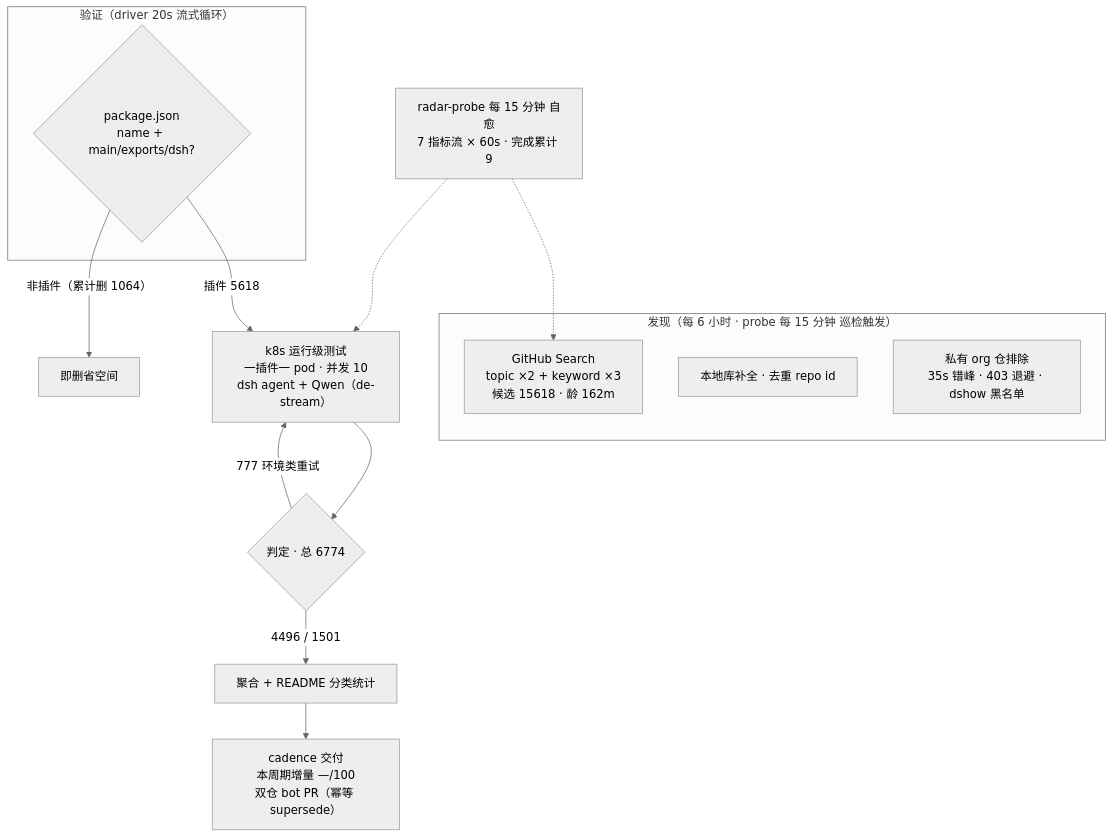
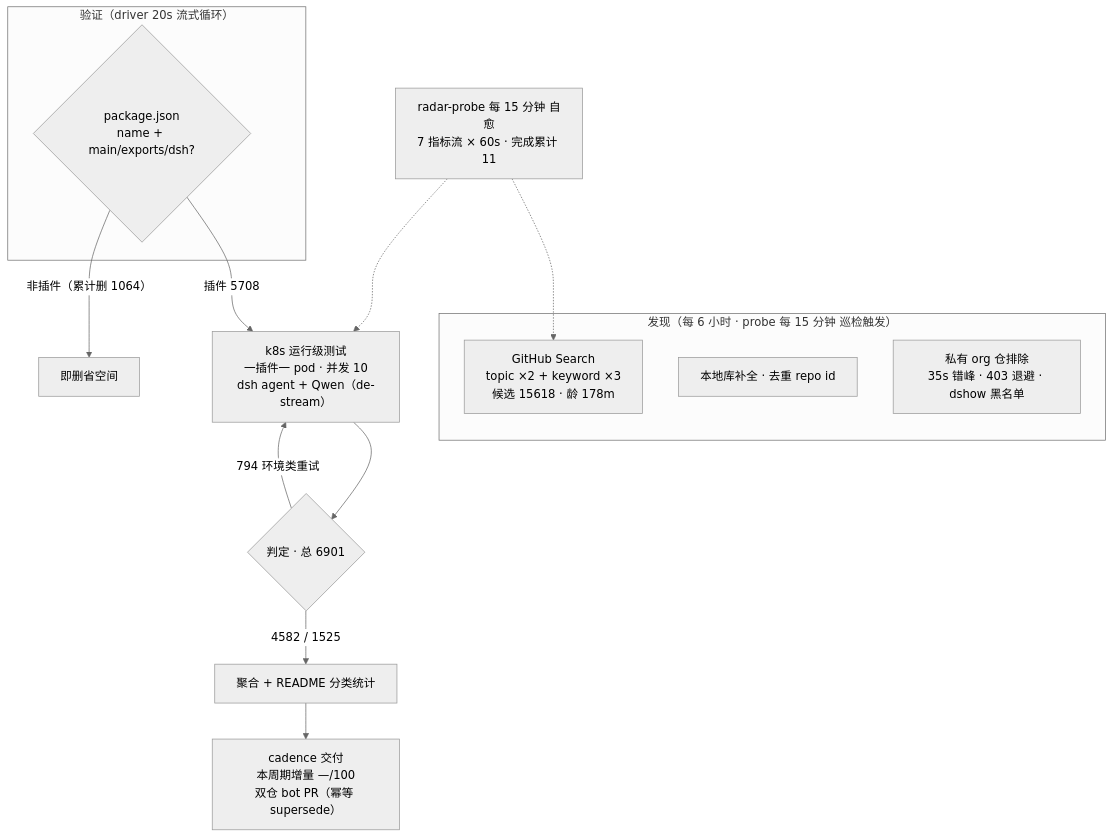
The diagram in README.md (Zhidao-Lab-OSS/awesome-dsh-plugins), drawn with Mermaid (neutral theme) before and after one commit. The commit also changed other lines of this file and 1 other file, not shown here.

````diff
--- a/README.md
+++ b/README.md
@@ -37,20 +37,20 @@
 ```mermaid
 flowchart TB
     subgraph Discovery["发现（每 6 小时 · probe 每 15 分钟 巡检触发）"]
-        A1["GitHub Search<br/>topic ×2 + keyword ×3<br/>候选 15618 · 龄 162m"]
+        A1["GitHub Search<br/>topic ×2 + keyword ×3<br/>候选 15618 · 龄 178m"]
         A2["本地库补全 · 去重 repo id"]
         A3["私有 org 仓排除<br/>35s 错峰 · 403 退避 · dshow 黑名单"]
     end
     subgraph Validation["验证（driver 20s 流式循环）"]
         B1{"package.json<br/>name + main/exports/dsh?"}
     end
-    B1 -->|"插件 5618"| C1["k8s 运行级测试<br/>一插件一 pod · 并发 10<br/>dsh agent + Qwen（de-stream）"]
+    B1 -->|"插件 5708"| C1["k8s 运行级测试<br/>一插件一 pod · 并发 10<br/>dsh agent + Qwen（de-stream）"]
     B1 -->|"非插件（累计删 1064）"| B3["即删省空间"]
-    C1 --> D1{"判定 · 总 6774"}
-    D1 -->|"4496 / 1501"| E1["聚合 + README 分类统计"]
-    D1 -->|"777 环境类重试"| C1
+    C1 --> D1{"判定 · 总 6901"}
+    D1 -->|"4582 / 1525"| E1["聚合 + README 分类统计"]
+    D1 -->|"794 环境类重试"| C1
     E1 --> E2["cadence 交付<br/>本周期增量 —/100<br/>双仓 bot PR（幂等 supersede）"]
-    M["radar-probe 每 15 分钟 自愈<br/>7 指标流 × 60s · 完成累计 9"]
+    M["radar-probe 每 15 分钟 自愈<br/>7 指标流 × 60s · 完成累计 11"]
     M -.-> A1
     M -.-> C1
 ```
````
